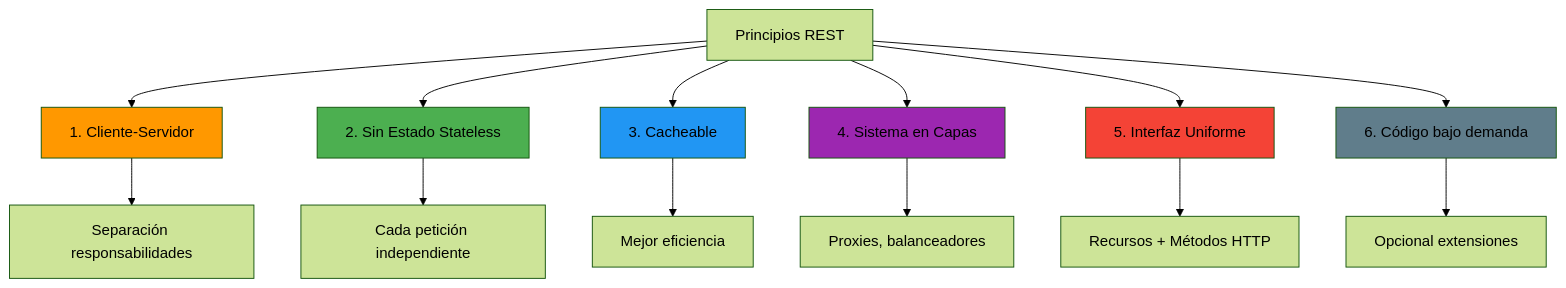
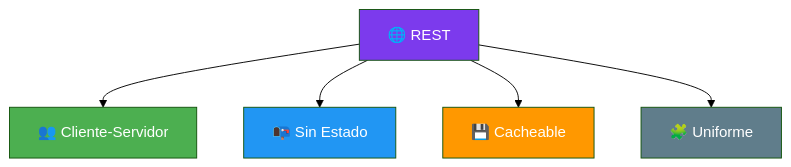
The second of 4 diagrams in 02-rest-api.md (joseluisgs/DesarrolloWebEntornosServidor-02-2026-2027), drawn with Mermaid (forest theme) before and after one commit. The commit also changed other lines of this file and 1 other file, not shown here.

````diff
--- a/02-rest-api.md
+++ b/02-rest-api.md
@@ -75,23 +60,12 @@
 ```mermaid
 flowchart TD
-    A[Principios REST] --> B[1. Cliente-Servidor]
-    A --> C[2. Sin Estado Stateless]
-    A --> D[3. Cacheable]
-    A --> E[4. Sistema en Capas]
-    A --> F[5. Interfaz Uniforme]
-    A --> G[6. Código bajo demanda]
-    
-    B --> B1[Separación responsabilidades]
-    C --> C1[Cada petición independiente]
-    D --> D1[Mejor eficiencia]
-    E --> E1[Proxies, balanceadores]
-    F --> F1[Recursos + Métodos HTTP]
-    G --> G1[Opcional extensiones]
-    
-    style B fill:#FF9800
-    style C fill:#4CAF50
-    style D fill:#2196F3
-    style E fill:#9C27B0
-    style F fill:#F44336
-    style G fill:#607D8B
+    A["🌐 REST"] --> B["👥 Cliente-Servidor"]
+    A --> C["📭 Sin Estado"]
+    A --> D["💾 Cacheable"]
+    A --> E["🧩 Uniforme"]
+    style A fill:#7c3aed,color:#fff
+    style B fill:#4CAF50,color:#fff
+    style C fill:#2196F3,color:#fff
+    style D fill:#FF9800,color:#fff
+    style E fill:#607D8B,color:#fff
 ```
````
